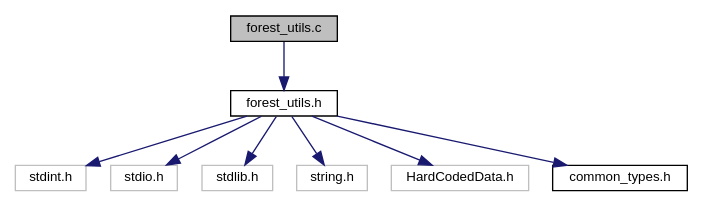
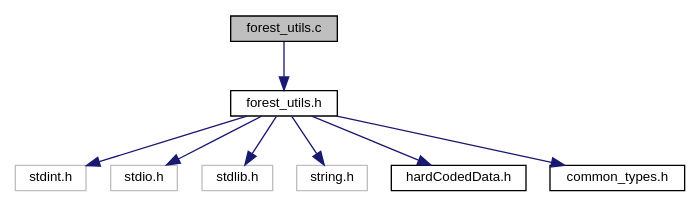
Before and after one commit to LevyMatan/ISP_ex1_doc: the diagram in forest__utils_8c__incl.dot, drawn with Graphviz. The commit also changed 73 other files, not shown here.

```diff
--- a/forest__utils_8c__incl.dot
+++ b/forest__utils_8c__incl.dot
@@ -1,22 +1,22 @@
 digraph "forest_utils.c"
 {
  // INTERACTIVE_SVG=YES
  // LATEX_PDF_SIZE
   edge [fontname="Helvetica",fontsize="10",labelfontname="Helvetica",labelfontsize="10"];
   node [fontname="Helvetica",fontsize="10",shape=record];
   Node1 [label="forest_utils.c",height=0.2,width=0.4,color="black", fillcolor="grey75", style="filled", fontcolor="black",tooltip="Holds all forest related functions. Allows to go through the forest and change each cell to the next ..."];
   Node1 -> Node2 [color="midnightblue",fontsize="10",style="solid",fontname="Helvetica"];
   Node2 [label="forest_utils.h",height=0.2,width=0.4,color="black", fillcolor="white", style="filled",URL="$forest__utils_8h.html",tooltip="This sub-module will handle all forest related functions."];
   Node2 -> Node3 [color="midnightblue",fontsize="10",style="solid",fontname="Helvetica"];
   Node3 [label="stdint.h",height=0.2,width=0.4,color="grey75", fillcolor="white", style="filled",tooltip=" "];
   Node2 -> Node4 [color="midnightblue",fontsize="10",style="solid",fontname="Helvetica"];
   Node4 [label="stdio.h",height=0.2,width=0.4,color="grey75", fillcolor="white", style="filled",tooltip=" "];
   Node2 -> Node5 [color="midnightblue",fontsize="10",style="solid",fontname="Helvetica"];
   Node5 [label="stdlib.h",height=0.2,width=0.4,color="grey75", fillcolor="white", style="filled",tooltip=" "];
   Node2 -> Node6 [color="midnightblue",fontsize="10",style="solid",fontname="Helvetica"];
   Node6 [label="string.h",height=0.2,width=0.4,color="grey75", fillcolor="white", style="filled",tooltip=" "];
   Node2 -> Node7 [color="midnightblue",fontsize="10",style="solid",fontname="Helvetica"];
-  Node7 [label="HardCodedData.h",height=0.2,width=0.4,color="grey75", fillcolor="white", style="filled",tooltip=" "];
+  Node7 [label="hardCodedData.h",height=0.2,width=0.4,color="black", fillcolor="white", style="filled",URL="$_father_2hard_coded_data_8h.html",tooltip="Father hard coded data. Instead of using magic numbers and string in the code, meanigful defined name..."];
   Node2 -> Node8 [color="midnightblue",fontsize="10",style="solid",fontname="Helvetica"];
   Node8 [label="common_types.h",height=0.2,width=0.4,color="black", fillcolor="white", style="filled",URL="$common__types_8h.html",tooltip="Hold common defenitions and types."];
 }
```
